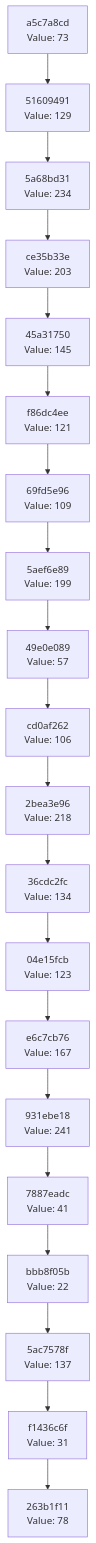
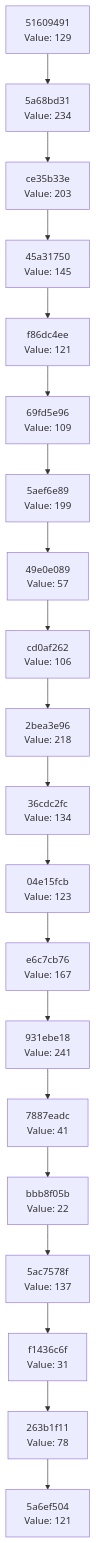
The diagram in docs/CHAIN_VISUALIZATION.md (Abhisheksinha1506/hash-chain-evolver), drawn with Mermaid before and after one commit. The commit also changed 2 other files, not shown here.

Commit message:
Evolution step: hash 0x79 → action executed

````diff
--- a/docs/CHAIN_VISUALIZATION.md
+++ b/docs/CHAIN_VISUALIZATION.md
@@ -3,42 +3,42 @@
 ```mermaid
 graph TD
-    C0["263b1f11<br/>Value: 78"]
-    C1["f1436c6f<br/>Value: 31"]
+    C0["5a6ef504<br/>Value: 121"]
+    C1["263b1f11<br/>Value: 78"]
     C1 --> C0
-    C2["5ac7578f<br/>Value: 137"]
+    C2["f1436c6f<br/>Value: 31"]
     C2 --> C1
-    C3["bbb8f05b<br/>Value: 22"]
+    C3["5ac7578f<br/>Value: 137"]
     C3 --> C2
-    C4["7887eadc<br/>Value: 41"]
+    C4["bbb8f05b<br/>Value: 22"]
     C4 --> C3
-    C5["931ebe18<br/>Value: 241"]
+    C5["7887eadc<br/>Value: 41"]
     C5 --> C4
-    C6["e6c7cb76<br/>Value: 167"]
+    C6["931ebe18<br/>Value: 241"]
     C6 --> C5
-    C7["04e15fcb<br/>Value: 123"]
+    C7["e6c7cb76<br/>Value: 167"]
     C7 --> C6
-    C8["36cdc2fc<br/>Value: 134"]
+    C8["04e15fcb<br/>Value: 123"]
     C8 --> C7
-    C9["2bea3e96<br/>Value: 218"]
+    C9["36cdc2fc<br/>Value: 134"]
     C9 --> C8
-    C10["cd0af262<br/>Value: 106"]
+    C10["2bea3e96<br/>Value: 218"]
     C10 --> C9
-    C11["49e0e089<br/>Value: 57"]
+    C11["cd0af262<br/>Value: 106"]
     C11 --> C10
-    C12["5aef6e89<br/>Value: 199"]
+    C12["49e0e089<br/>Value: 57"]
     C12 --> C11
-    C13["69fd5e96<br/>Value: 109"]
+    C13["5aef6e89<br/>Value: 199"]
     C13 --> C12
-    C14["f86dc4ee<br/>Value: 121"]
+    C14["69fd5e96<br/>Value: 109"]
     C14 --> C13
-    C15["45a31750<br/>Value: 145"]
+    C15["f86dc4ee<br/>Value: 121"]
     C15 --> C14
-    C16["ce35b33e<br/>Value: 203"]
+    C16["45a31750<br/>Value: 145"]
     C16 --> C15
-    C17["5a68bd31<br/>Value: 234"]
+    C17["ce35b33e<br/>Value: 203"]
     C17 --> C16
-    C18["51609491<br/>Value: 129"]
+    C18["5a68bd31<br/>Value: 234"]
     C18 --> C17
-    C19["a5c7a8cd<br/>Value: 73"]
+    C19["51609491<br/>Value: 129"]
     C19 --> C18
 ```
````
